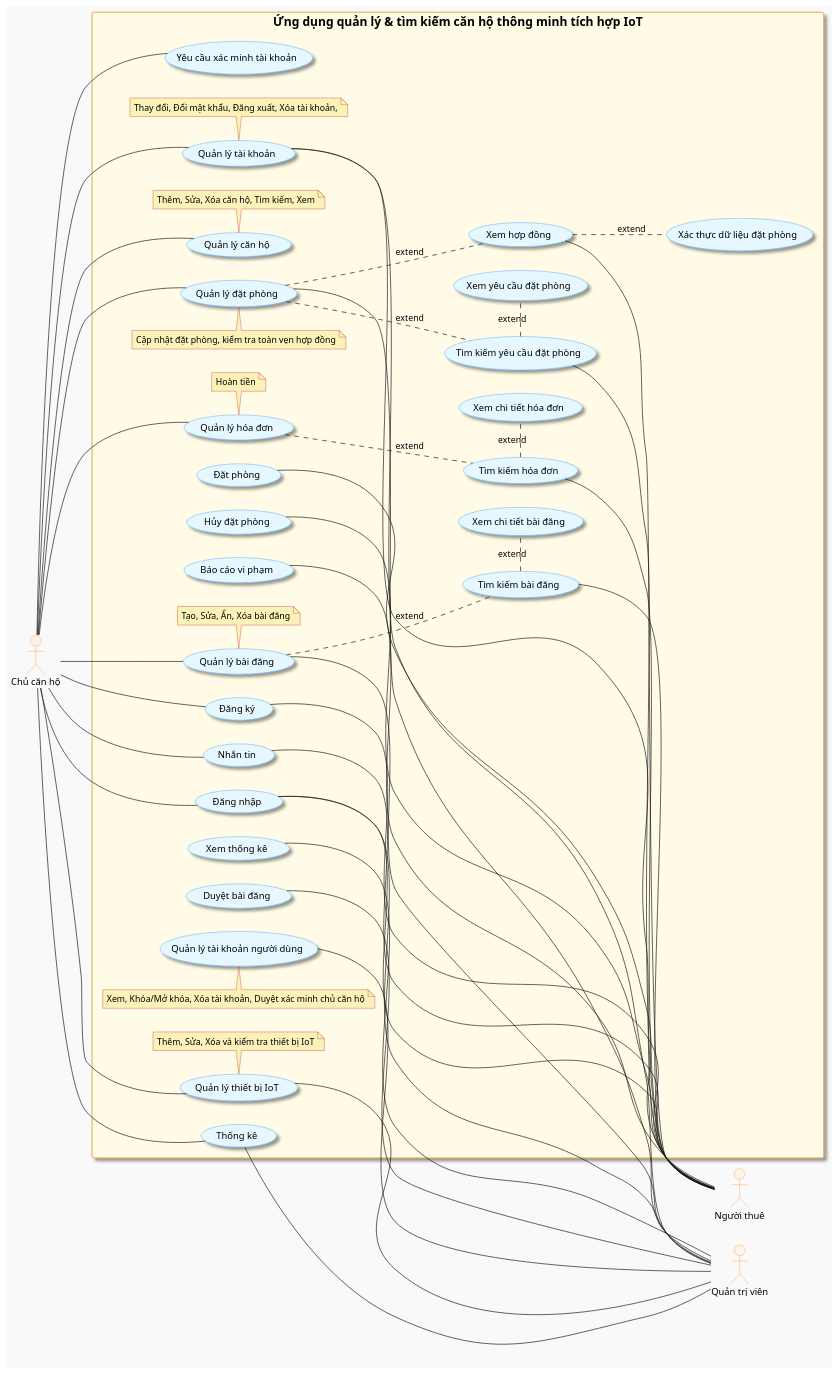
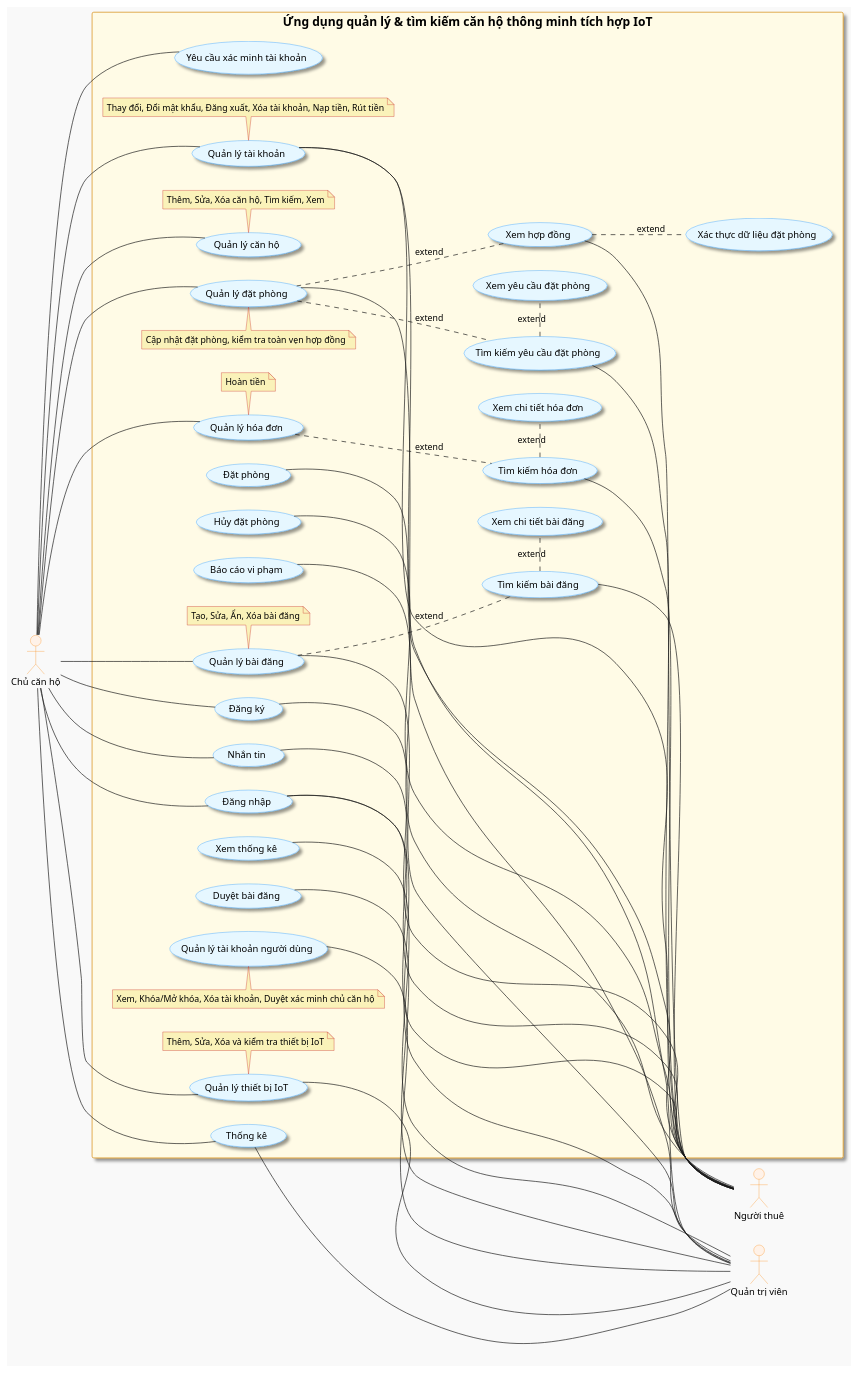
One commit to nho-moi-so/quan-ly-tim-kiem-phong-tro changed the diagram in diagrams/usecase.puml. Above: the diagram before and after it, drawn with PlantUML. The commit also changed 1 other file, not shown here.

Commit message:
feat: update class and use case diagrams to include balance field and account management features

```diff
--- a/diagrams/usecase.puml
+++ b/diagrams/usecase.puml
@@ -2,148 +2,148 @@
 @startuml usecase-diagram
 skinparam shadowing false
 skinparam backgroundColor #f9f9f9
 skinparam usecase {
     BackgroundColor #e6f7ff
     BorderColor #1890ff
     FontColor #000000
     FontSize 14
     Shadowing true
 }
 skinparam actor {
     BackgroundColor #fff2e8
     BorderColor #fa8c16
     FontColor #000000
     FontSize 14
 }
 skinparam rectangle {
     BackgroundColor #fffbe6
     BorderColor #d48806
     FontColor #000000
     FontSize 18
     Shadowing true
 }
 skinparam note{
     BackgroundColor #faf2b9
     BorderColor #c51c1c
 }
 left to right direction
 
 actor "Quản trị viên" as Admin
 actor "Người thuê" as Guest
 actor "Chủ căn hộ" as Owner
 
 rectangle "Ứng dụng quản lý & tìm kiếm căn hộ thông minh tích hợp IoT"{
 ' Các chức năng của Chủ căn hộ
 ' usecase "Đăng xuất" as logout
 usecase "Đăng nhập" as login
 usecase "Đăng ký" as register
 usecase "Quản lý tài khoản" as manage_account
-note bottom of manage_account: Thay đổi, Đổi mật khẩu, Đăng xuất, Xóa tài khoản,
+note bottom of manage_account: Thay đổi, Đổi mật khẩu, Đăng xuất, Xóa tài khoản, Nạp tiền, Rút tiền
 usecase "Yêu cầu xác minh tài khoản" as request_owner_verification
 
 usecase "Quản lý căn hộ" as manage_apartment
 note bottom of manage_apartment: Thêm, Sửa, Xóa căn hộ, Tìm kiếm, Xem
 ' usecase "Kết nối khóa cửa IoT" as connect_iot_lock
 ' manage_apartment .. connect_iot_lock: extend
 
 usecase "Quản lý đặt phòng" as manage_booking
 note top of manage_booking: Cập nhật đặt phòng, kiểm tra toàn vẹn hợp đồng
 usecase "Xem hợp đồng" as view_booking_contract
 manage_booking .. view_booking_contract: extend
 usecase "Quản lý hóa đơn" as manage_invoice
 note bottom of manage_invoice: Hoàn tiền
 usecase "Quản lý bài đăng" as manage_post
 note bottom of manage_post: Tạo, Sửa, Ẩn, Xóa bài đăng
 usecase "Nhắn tin" as messaging
 usecase "Thống kê" as statistics
 usecase "Xác thực dữ liệu đặt phòng" as verify_booking_data
 view_booking_contract .. verify_booking_data: extend
 
 ' Các chức năng của Người thuê
 ' usecase "Quản lý tài khoản" as manage_account
 ' usecase "Đăng xuất" as logout
 ' usecase "Đăng nhập" as login
 ' usecase "Đăng ký" as register
 ' usecase "Tìm kiếm căn hộ" as search_apartment
 ' usecase "Xem chi tiết căn hộ" as view_apartment_details
 ' manage_apartment .. search_apartment: extend
 ' search_apartment . view_apartment_details: extend
 
 usecase "Đặt phòng" as book_apartment
 usecase "Hủy đặt phòng" as cancel_booking
 
 usecase "Tìm kiếm yêu cầu đặt phòng" as search_booking
 manage_booking .. search_booking: extend
 usecase "Xem yêu cầu đặt phòng" as view_booking_requests
 search_booking . view_booking_requests: extend
 
 
 usecase "Tìm kiếm hóa đơn" as search_invoices
 manage_invoice .. search_invoices: extend
 usecase "Xem chi tiết hóa đơn" as view_invoice_details
 search_invoices . view_invoice_details: extend
 usecase "Tìm kiếm bài đăng" as search_posts
 manage_post .. search_posts: extend
 usecase "Xem chi tiết bài đăng" as view_post_details
 search_posts . view_post_details: extend
 ' usecase "Nhắn tin" as messaging
 
 usecase "Báo cáo vi phạm" as report_violation
 
 ' Các chức năng của Quản trị viên
 usecase "Quản lý tài khoản người dùng" as manage_user_accounts
 note top of manage_user_accounts: Xem, Khóa/Mở khóa, Xóa tài khoản, Duyệt xác minh chủ căn hộ
 ' usecase "Đăng xuất" as logout
 ' usecase "Đăng nhập" as login
 ' usecase "Đổi mật khẩu" as change_password
 ' manage_account .. change_password: extend
 'usecase "Quản lý bài đăng" as manage_post
 usecase "Duyệt bài đăng" as approve_posts
 ' usecase "Thống kê" as statistics
 usecase "Xem thống kê" as view_statistics
 usecase "Quản lý thiết bị IoT" as manage_iot_devices
 note bottom of manage_iot_devices: Thêm, Sửa, Xóa và kiểm tra thiết bị IoT
 
 ' nối các usecase
 'Chủ căn hộ
 (Owner) -- (login)
 (Owner) -- (register)
 (Owner) -- (manage_account)
 (request_owner_verification) - (Owner)
 (Owner) -- (manage_apartment)
 (Owner) -- (manage_booking)
 (Owner) -- (manage_invoice)
 (Owner) -- (manage_post)
 (Owner) -- (messaging)
 (Owner) -- (statistics)
 (Owner) -- (manage_iot_devices)
 
 
 'Người thuê
 (register) - (Guest)
 (login) - (Guest)
 (manage_account) -- (Guest)
 (search_posts) -- (Guest)
 (book_apartment) - (Guest)
 (cancel_booking) - (Guest)
 (search_booking) -- (Guest)
 (search_invoices) -- (Guest)
 (view_booking_contract) -- (Guest)
 (messaging) - (Guest)
 (report_violation) - (Guest)
 
 'Quản trị viên
 (login) --- (Admin)
 (manage_user_accounts) - (Admin)
 (manage_account) -- (Admin)
 (manage_post) -- (Admin)
 (approve_posts) - (Admin)
 ' (change_password) -- (Admin)
 (statistics) - (Admin)
 (view_statistics) -- (Admin)
 (manage_iot_devices) - (Admin)
 (manage_booking) -- (Admin)
 
 
 }
 @enduml
```
